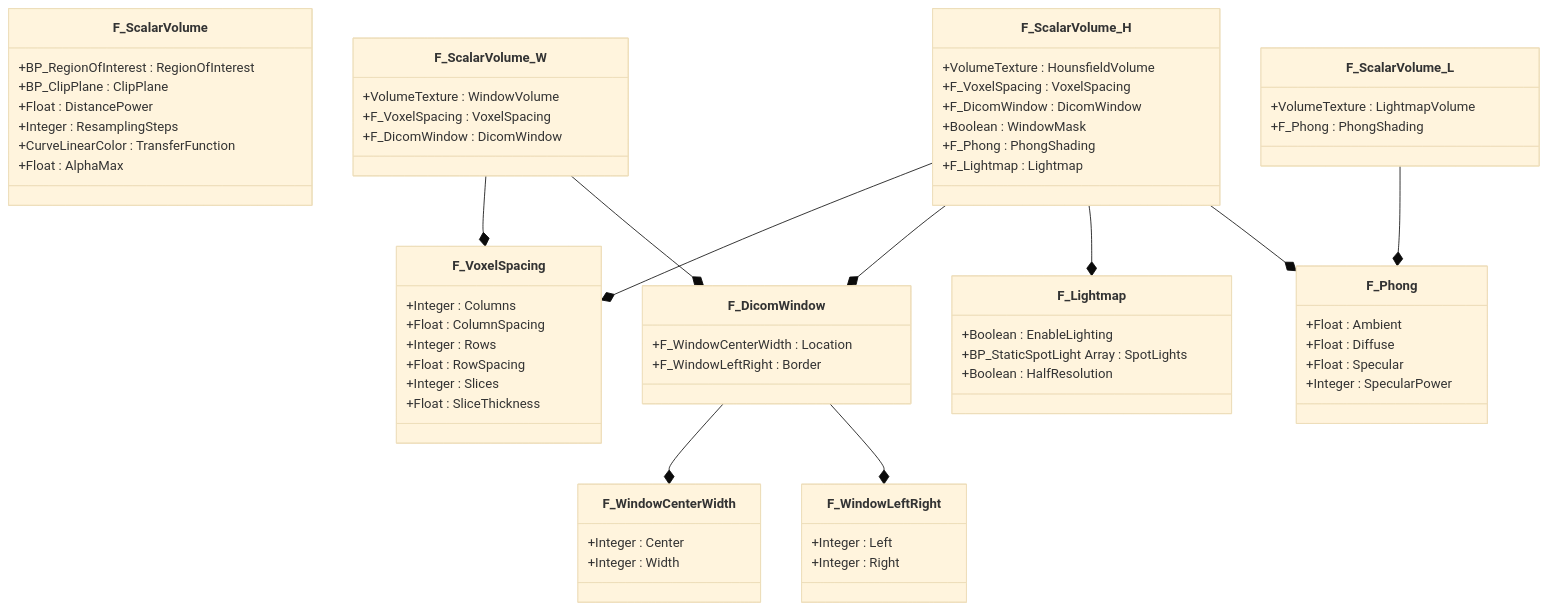
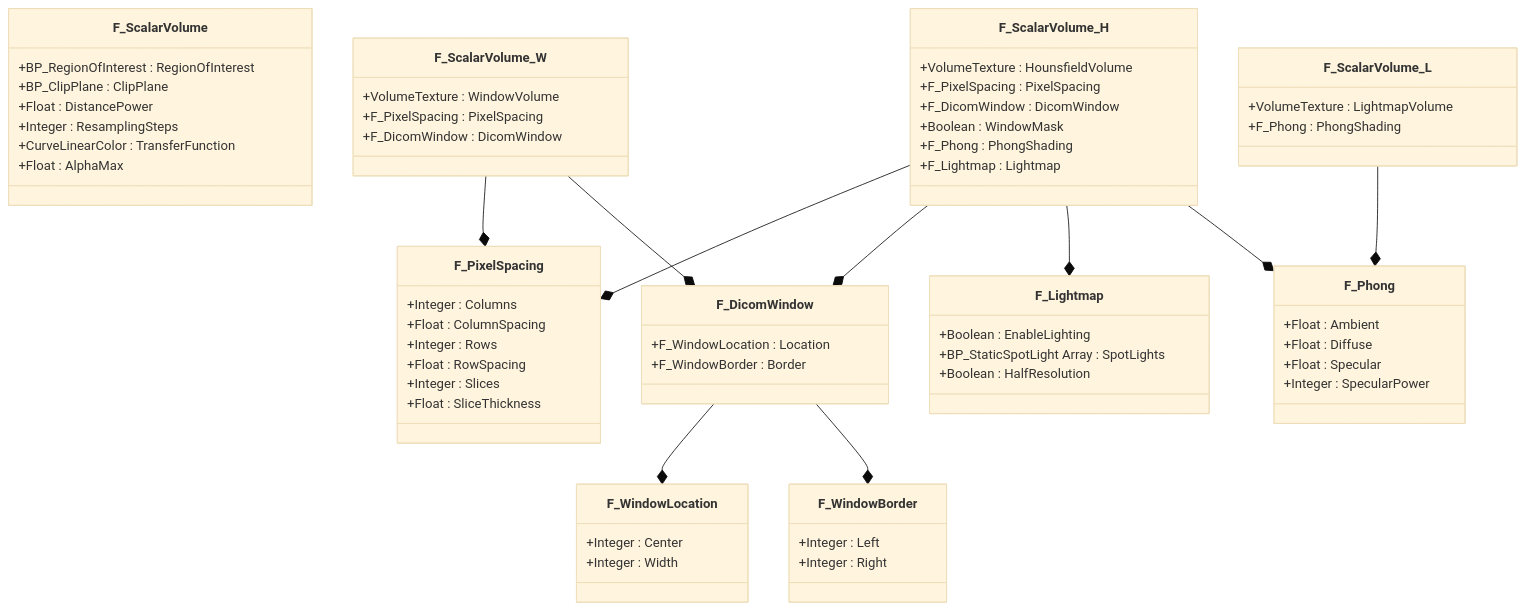
Before and after one commit to brugr9/UEPluginVolumeCreator: the second of 2 diagrams in README.md, drawn with Mermaid (base theme). The commit also changed other lines of this file and 3 other files, not shown here.

````diff
--- a/README.md
+++ b/README.md
@@ -216,72 +202,72 @@
 ```mermaid
 classDiagram
   class F_ScalarVolume{
     +BP_RegionOfInterest : RegionOfInterest
     +BP_ClipPlane : ClipPlane
     +Float : DistancePower
     +Integer : ResamplingSteps
     +CurveLinearColor : TransferFunction
     +Float : AlphaMax
   }
   class F_ScalarVolume_H{
     +VolumeTexture : HounsfieldVolume
-    +F_VoxelSpacing : VoxelSpacing
+    +F_PixelSpacing : PixelSpacing
     +F_DicomWindow : DicomWindow
     +Boolean : WindowMask
     +F_Phong : PhongShading
     +F_Lightmap : Lightmap
   }
   class F_ScalarVolume_W{
     +VolumeTexture : WindowVolume
-    +F_VoxelSpacing : VoxelSpacing
+    +F_PixelSpacing : PixelSpacing
     +F_DicomWindow : DicomWindow
   }
   class F_ScalarVolume_L{
     +VolumeTexture : LightmapVolume
     +F_Phong : PhongShading
   }
-  class F_VoxelSpacing{
+  class F_PixelSpacing{
     +Integer : Columns
     +Float : ColumnSpacing
     +Integer : Rows
     +Float : RowSpacing
     +Integer : Slices
     +Float : SliceThickness
   }
   class F_DicomWindow{
-    +F_WindowCenterWidth : Location
-    +F_WindowLeftRight : Border
+    +F_WindowLocation : Location
+    +F_WindowBorder : Border
   }
-  class F_WindowCenterWidth{
+  class F_WindowLocation{
     +Integer : Center
     +Integer : Width
   }
-  class F_WindowLeftRight{
+  class F_WindowBorder{
     +Integer : Left
     +Integer : Right
   }
   class F_Phong{
     +Float : Ambient
     +Float : Diffuse
     +Float : Specular
     +Integer : SpecularPower
   }
   class F_Lightmap{
     +Boolean : EnableLighting
     +BP_StaticSpotLight Array : SpotLights
     +Boolean : HalfResolution
   }
 
-  F_ScalarVolume_H --* F_VoxelSpacing
+  F_ScalarVolume_H --* F_PixelSpacing
   F_ScalarVolume_H --* F_DicomWindow
   F_ScalarVolume_H --* F_Lightmap
   F_ScalarVolume_H --* F_Phong
 
-  F_ScalarVolume_W --* F_VoxelSpacing
+  F_ScalarVolume_W --* F_PixelSpacing
   F_ScalarVolume_W --* F_DicomWindow
 
   F_ScalarVolume_L --* F_Phong
 
-  F_DicomWindow --* F_WindowCenterWidth
-  F_DicomWindow --* F_WindowLeftRight
+  F_DicomWindow --* F_WindowLocation
+  F_DicomWindow --* F_WindowBorder
 ```
````
